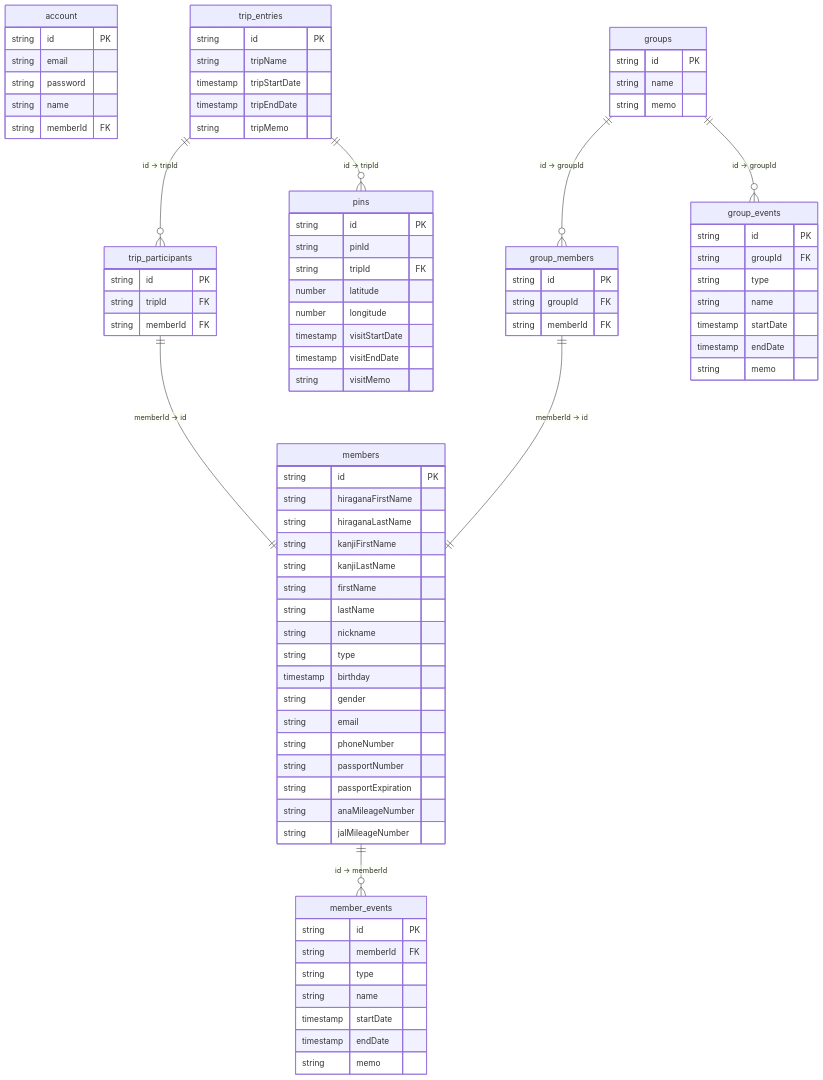
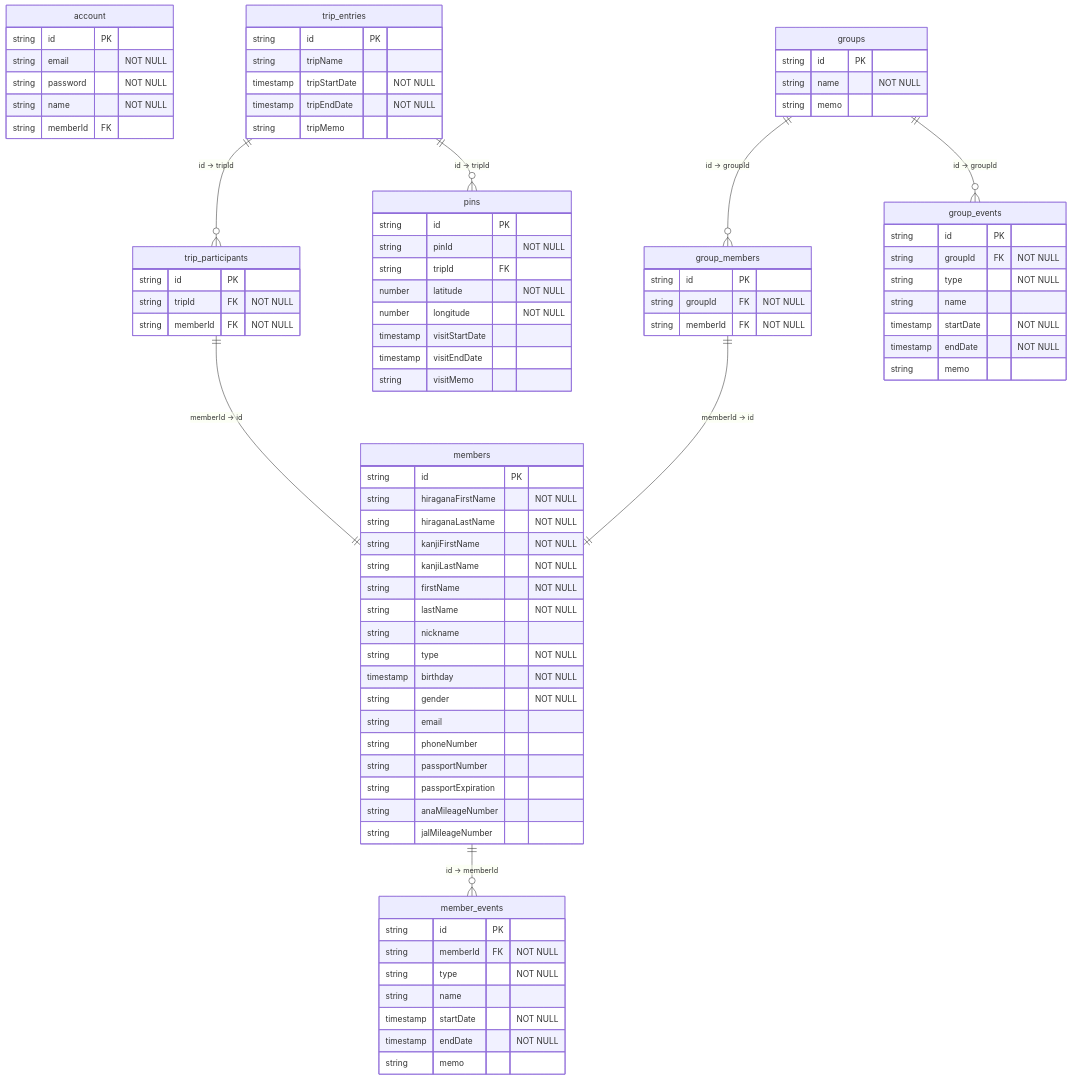
One commit to taka-016/memora changed the diagram in doc/er_diagram.md. Above: the diagram before and after it, drawn with Mermaid. The commit also changed 12 other files, not shown here.

```diff
--- a/doc/er_diagram.md
+++ b/doc/er_diagram.md
@@ -4,64 +4,64 @@
 erDiagram
     account {
         string id PK
-        string email
-        string password
-        string name
+        string email "NOT NULL"
+        string password "NOT NULL"
+        string name "NOT NULL"
         string memberId FK
     }
     trip_entries {
         string id PK
         string tripName
-        timestamp tripStartDate
-        timestamp tripEndDate
+        timestamp tripStartDate "NOT NULL"
+        timestamp tripEndDate "NOT NULL"
         string tripMemo
     }
     trip_participants {
         string id PK
-        string tripId FK
-        string memberId FK
+        string tripId FK "NOT NULL"
+        string memberId FK "NOT NULL"
     }
     pins {
         string id PK
-        string pinId
+        string pinId "NOT NULL"
         string tripId FK
-        number latitude
-        number longitude
+        number latitude "NOT NULL"
+        number longitude "NOT NULL"
         timestamp visitStartDate
         timestamp visitEndDate
         string visitMemo
     }
     groups {
         string id PK
-        string name
+        string name "NOT NULL"
         string memo
     }
     group_members {
         string id PK
-        string groupId FK
-        string memberId FK
+        string groupId FK "NOT NULL"
+        string memberId FK "NOT NULL"
     }
     group_events {
         string id PK
-        string groupId FK
-        string type
+        string groupId FK "NOT NULL"
+        string type "NOT NULL"
         string name
-        timestamp startDate
-        timestamp endDate
+        timestamp startDate "NOT NULL"
+        timestamp endDate "NOT NULL"
         string memo
     }
     members {
         string id PK
-        string hiraganaFirstName
-        string hiraganaLastName
-        string kanjiFirstName
-        string kanjiLastName
-        string firstName
-        string lastName
+        string hiraganaFirstName "NOT NULL"
+        string hiraganaLastName "NOT NULL"
+        string kanjiFirstName "NOT NULL"
+        string kanjiLastName "NOT NULL"
+        string firstName "NOT NULL"
+        string lastName "NOT NULL"
         string nickname
-        string type
-        timestamp birthday
-        string gender
+        string type "NOT NULL"
+        timestamp birthday "NOT NULL"
+        string gender "NOT NULL"
         string email
         string phoneNumber
         string passportNumber
@@ -71,11 +71,11 @@
     }
     member_events {
         string id PK
-        string memberId FK
-        string type
+        string memberId FK "NOT NULL"
+        string type "NOT NULL"
         string name
-        timestamp startDate
-        timestamp endDate
+        timestamp startDate "NOT NULL"
+        timestamp endDate "NOT NULL"
         string memo
     }
 
```
